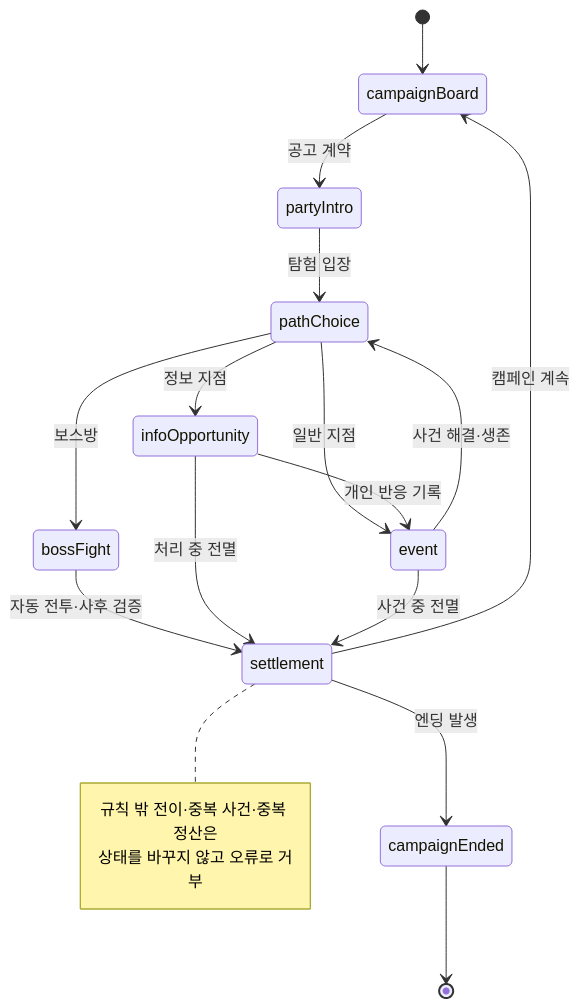
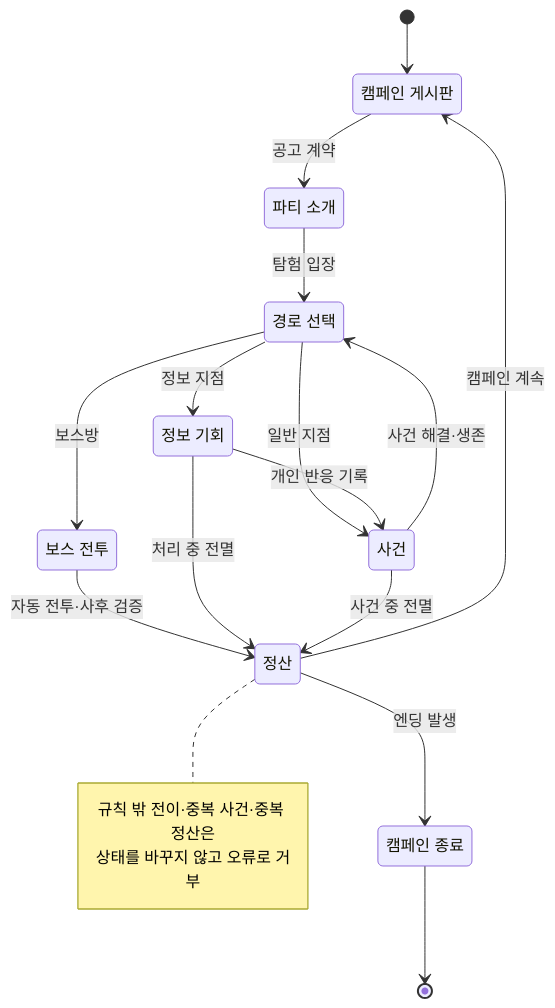
The diagram in docs/diagram/expedition-state.md (LatteBun/Dungeon_Schemer), drawn with Mermaid before and after one commit. The commit also changed other lines of this file and 9 other files, not shown here.

First line of the commit message:
문서: 게임 흐름 다이어그램을 이미지로 렌더링한다

````diff
--- a/docs/diagram/expedition-state.md
+++ b/docs/diagram/expedition-state.md
@@ -10,21 +10,29 @@
 ```mermaid
 stateDiagram-v2
+    state "캠페인 게시판" as campaignBoard
+    state "파티 소개" as partyIntro
+    state "경로 선택" as pathChoice
+    state "정보 기회" as infoOpportunity
+    state "사건" as event
+    state "보스 전투" as bossFight
+    state "정산" as settlement
+    state "캠페인 종료" as campaignEnded
     [*] --> campaignBoard
     campaignBoard --> partyIntro: 공고 계약
     partyIntro --> pathChoice: 탐험 입장
     pathChoice --> infoOpportunity: 정보 지점
     pathChoice --> event: 일반 지점
     infoOpportunity --> event: 개인 반응 기록
     event --> pathChoice: 사건 해결·생존
     pathChoice --> bossFight: 보스방
     bossFight --> settlement: 자동 전투·사후 검증
     infoOpportunity --> settlement: 처리 중 전멸
     event --> settlement: 사건 중 전멸
     settlement --> campaignBoard: 캠페인 계속
     settlement --> campaignEnded: 엔딩 발생
     campaignEnded --> [*]
     note right of settlement
       규칙 밖 전이·중복 사건·중복 정산은
       상태를 바꾸지 않고 오류로 거부
     end note
 ```
````
